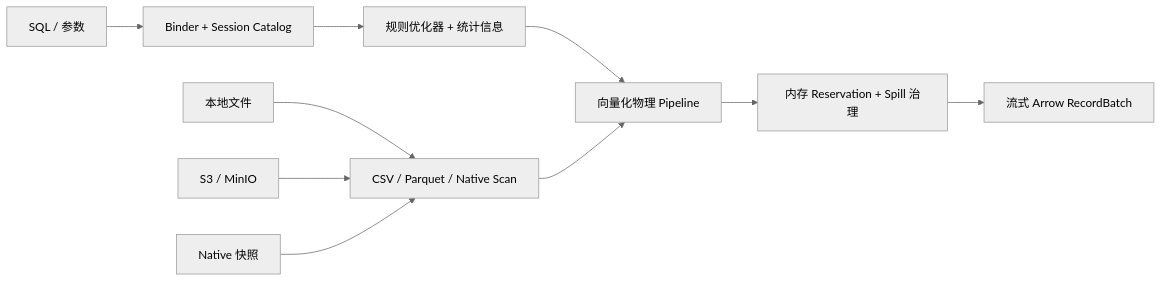
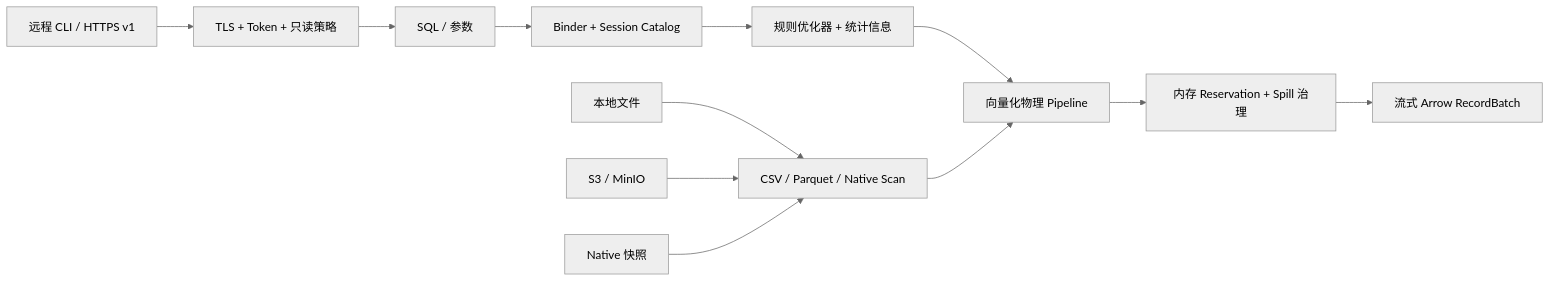
The diagram in README.zh-CN.md (SamuelSupe/RustDB), drawn with Mermaid (neutral theme) before and after one commit. The commit also changed other lines of this file and 68 other files, not shown here.

````diff
--- a/README.zh-CN.md
+++ b/README.zh-CN.md
@@ -237,12 +282,14 @@
 ```mermaid
 flowchart LR
-    SQL["SQL / 参数"] --> Binder["Binder + Session Catalog"]
+    Remote["远程 CLI / HTTPS v1"] --> Guard["TLS + Token + 只读策略"]
+    Guard --> SQL["SQL / 参数"]
+    SQL --> Binder["Binder + Session Catalog"]
     Binder --> Optimizer["规则优化器 + 统计信息"]
     Optimizer --> Pipelines["向量化物理 Pipeline"]
     Local["本地文件"] --> Scan["CSV / Parquet / Native Scan"]
     S3["S3 / MinIO"] --> Scan
     Native["Native 快照"] --> Scan
     Scan --> Pipelines
     Pipelines --> Memory["内存 Reservation + Spill 治理"]
     Memory --> Arrow["流式 Arrow RecordBatch"]
 ```
````
